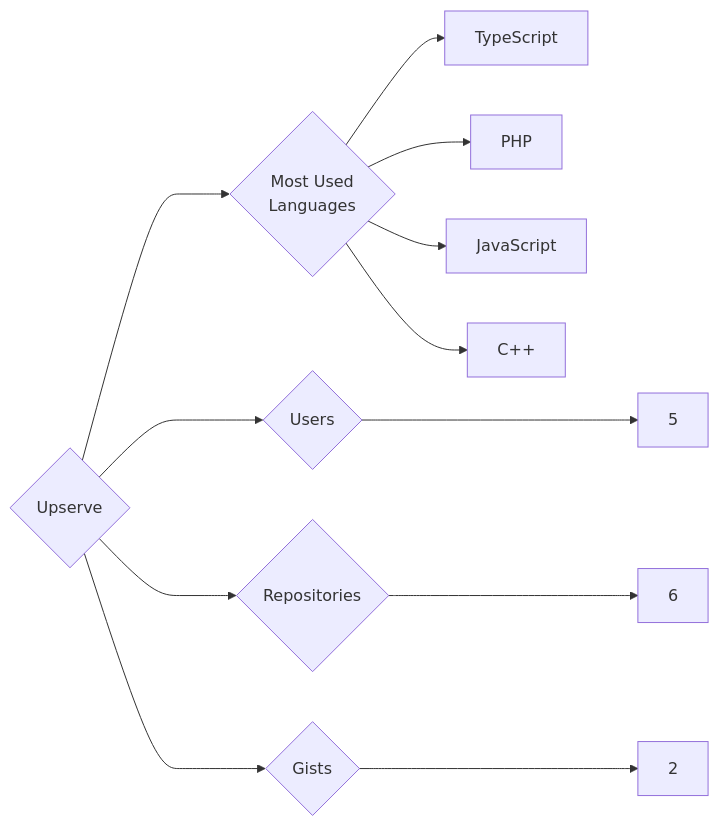
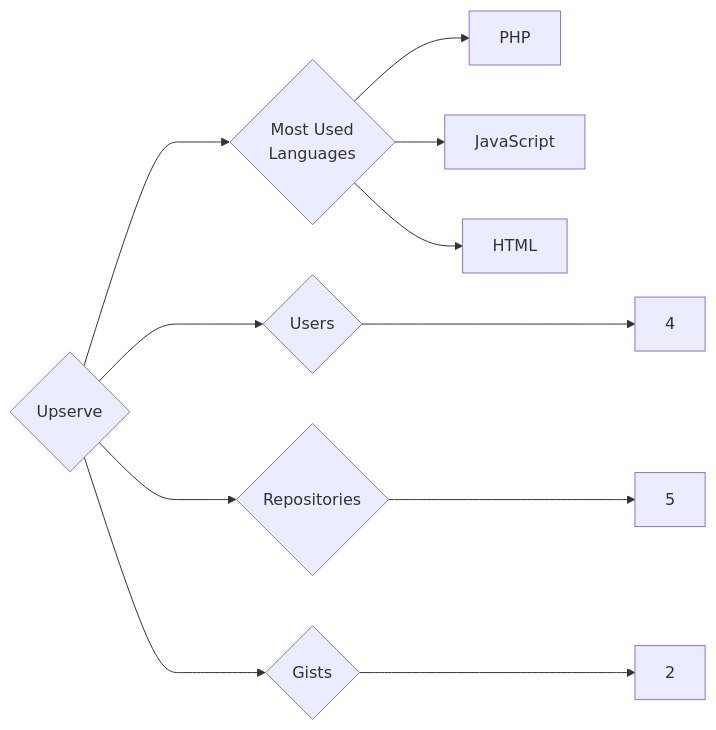
One commit to trickest/insiders changed the diagram in targets/Upserve/README.md. Above: the diagram before and after it, drawn with Mermaid. The commit also changed 748 other files, not shown here.

````diff
--- a/targets/Upserve/README.md
+++ b/targets/Upserve/README.md
@@ -3,12 +3,11 @@
 ```mermaid
 graph LR
 COMPANY_NAME{Upserve}
-COMPANY_NAME ---> U{Users} ---> UN[5]
-COMPANY_NAME ---> R{Repositories} ---> RN[6]
+COMPANY_NAME ---> U{Users} ---> UN[4]
+COMPANY_NAME ---> R{Repositories} ---> RN[5]
 COMPANY_NAME ---> G{Gists} ---> GN[2]
 COMPANY_NAME ---> ML{Most Used<br>Languages}
-ML --> TypeScript[TypeScript]
 ML --> PHP[PHP]
 ML --> JavaScript[JavaScript]
-ML --> C++[C++]
+ML --> HTML[HTML]
 ```
````
